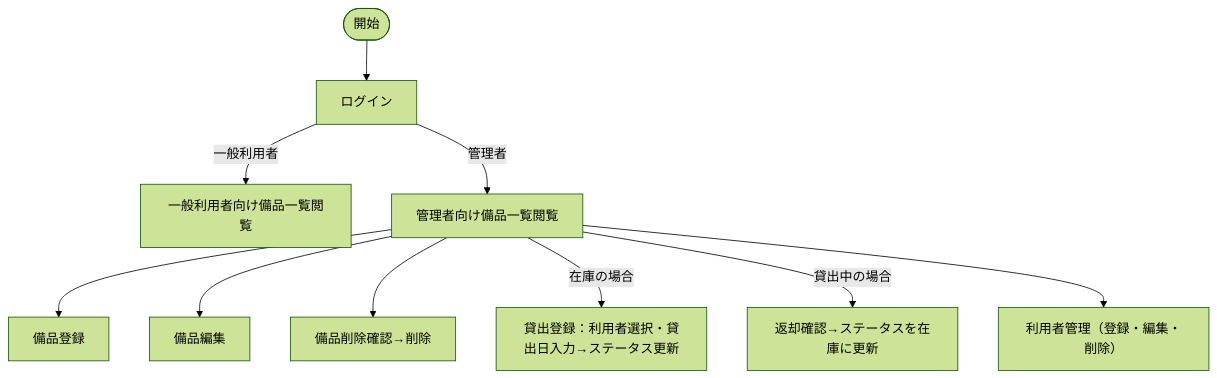
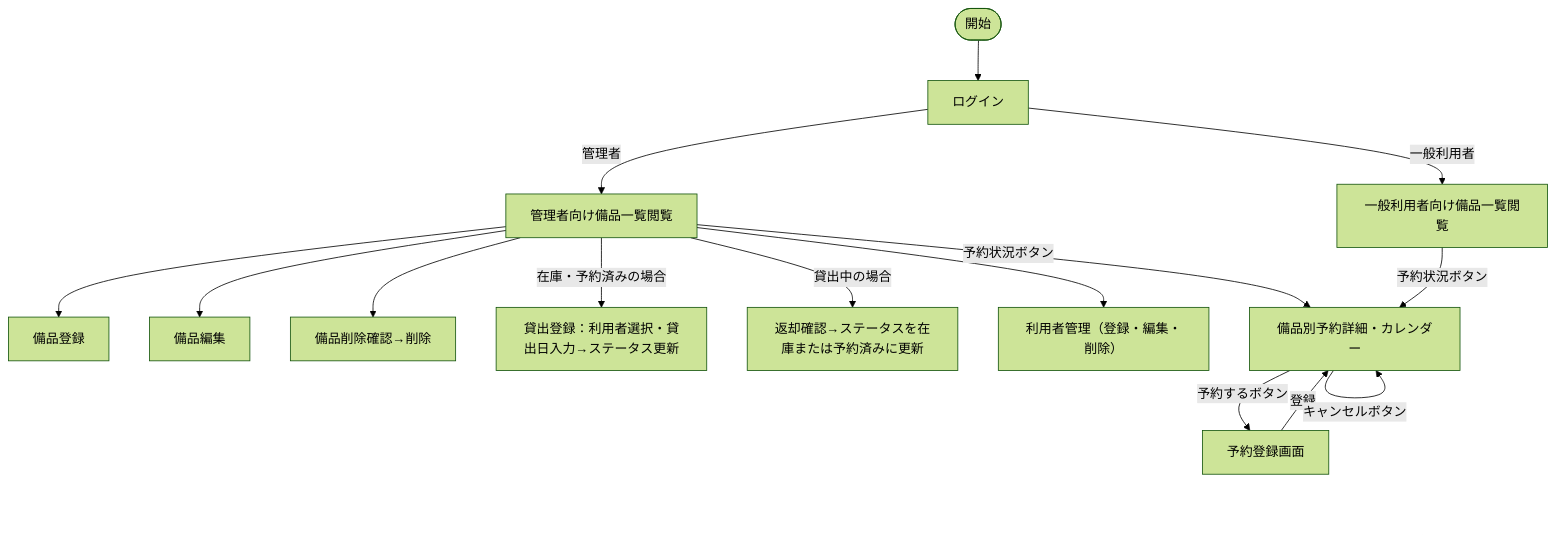
Before and after one commit to notfolder/isdd: the third of 3 diagrams in docs/requirements.md, drawn with Mermaid (forest theme). The commit also changed other lines of this file and 35 other files, not shown here.

````diff
--- a/docs/requirements.md
+++ b/docs/requirements.md
@@ -249,12 +334,17 @@
 ```mermaid
 flowchart TD
     Start([開始]) --> Login[ログイン]
     Login -->|一般利用者| ViewList[一般利用者向け備品一覧閲覧]
     Login -->|管理者| AdminList[管理者向け備品一覧閲覧]
     AdminList --> CreateEquipment[備品登録]
     AdminList --> EditEquipment[備品編集]
     AdminList --> DeleteEquipment[備品削除確認→削除]
-    AdminList -->|在庫の場合| LoanOp[貸出登録：利用者選択・貸出日入力→ステータス更新]
-    AdminList -->|貸出中の場合| ReturnOp[返却確認→ステータスを在庫に更新]
+    AdminList -->|在庫・予約済みの場合| LoanOp[貸出登録：利用者選択・貸出日入力→ステータス更新]
+    AdminList -->|貸出中の場合| ReturnOp[返却確認→ステータスを在庫または予約済みに更新]
     AdminList --> BorrowerMgmt[利用者管理（登録・編集・削除）]
+    AdminList -->|予約状況ボタン| ResvCalendar[備品別予約詳細・カレンダー]
+    ViewList -->|予約状況ボタン| ResvCalendar
+    ResvCalendar -->|予約するボタン| ResvForm[予約登録画面]
+    ResvForm -->|登録| ResvCalendar
+    ResvCalendar -->|キャンセルボタン| ResvCalendar
 ```
````
